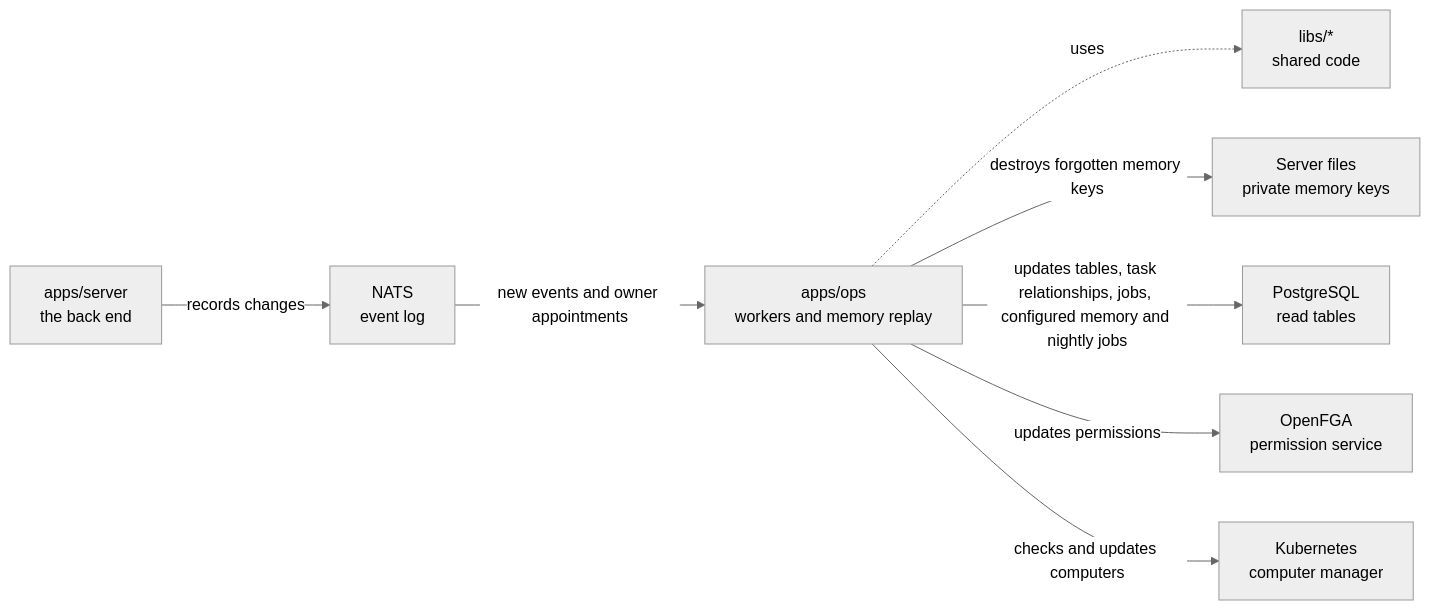
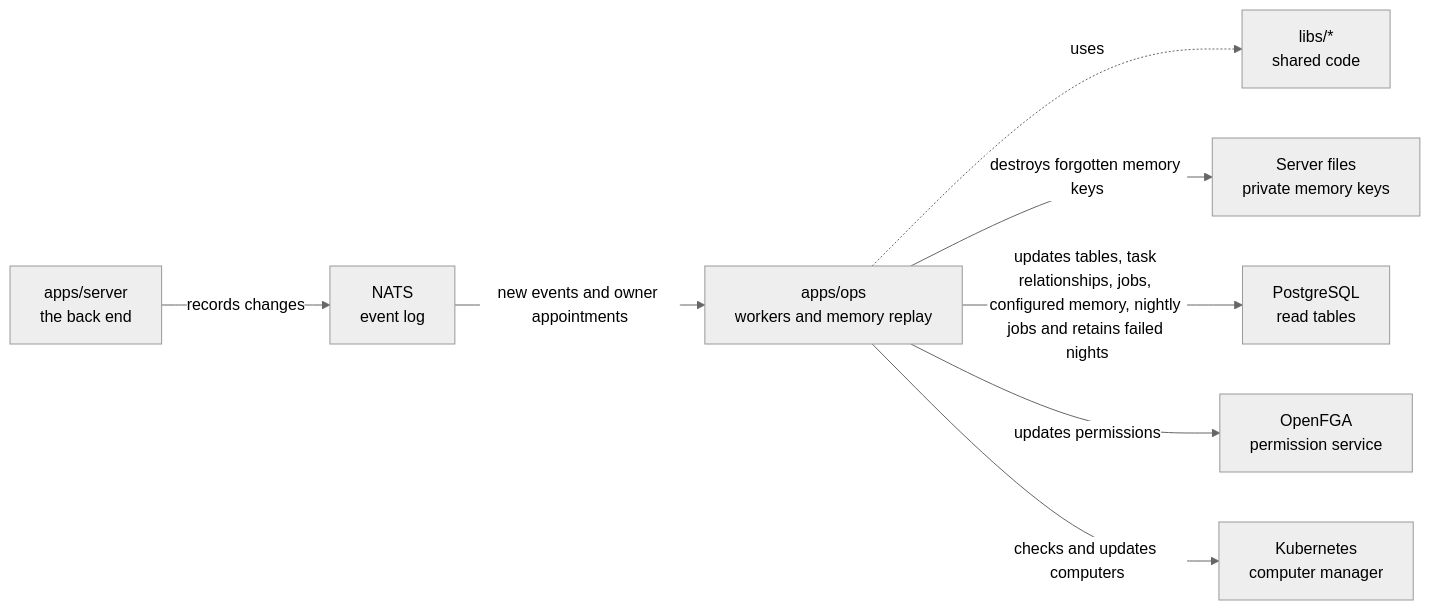
The diagram in apps/ops/README.md (elewa-git/opencrane-new), drawn with Mermaid (neutral theme) before and after one commit. The commit also changed other lines of this file and 18 other files, not shown here.

Commit message:
🌙 Recover failed nights and read the actual selection time

````diff
--- a/apps/ops/README.md
+++ b/apps/ops/README.md
@@ -11,10 +11,10 @@
 ```mermaid
 flowchart LR
   server["apps/server<br/>the back end"] -->|records changes| nats["NATS<br/>event log"]
   nats -->|new events and owner appointments| ops["apps/ops<br/>workers and memory replay"]
   ops -.->|uses| libs["libs/*<br/>shared code"]
   ops -->|destroys forgotten memory keys| keys["Server files<br/>private memory keys"]
-  ops -->|updates tables, task relationships, jobs, configured memory and nightly jobs| postgres["PostgreSQL<br/>read tables"]
+  ops -->|updates tables, task relationships, jobs, configured memory, nightly jobs and retains failed nights| postgres["PostgreSQL<br/>read tables"]
   ops -->|updates permissions| fga["OpenFGA<br/>permission service"]
   ops -->|checks and updates computers| kube["Kubernetes<br/>computer manager"]
 ```
````
